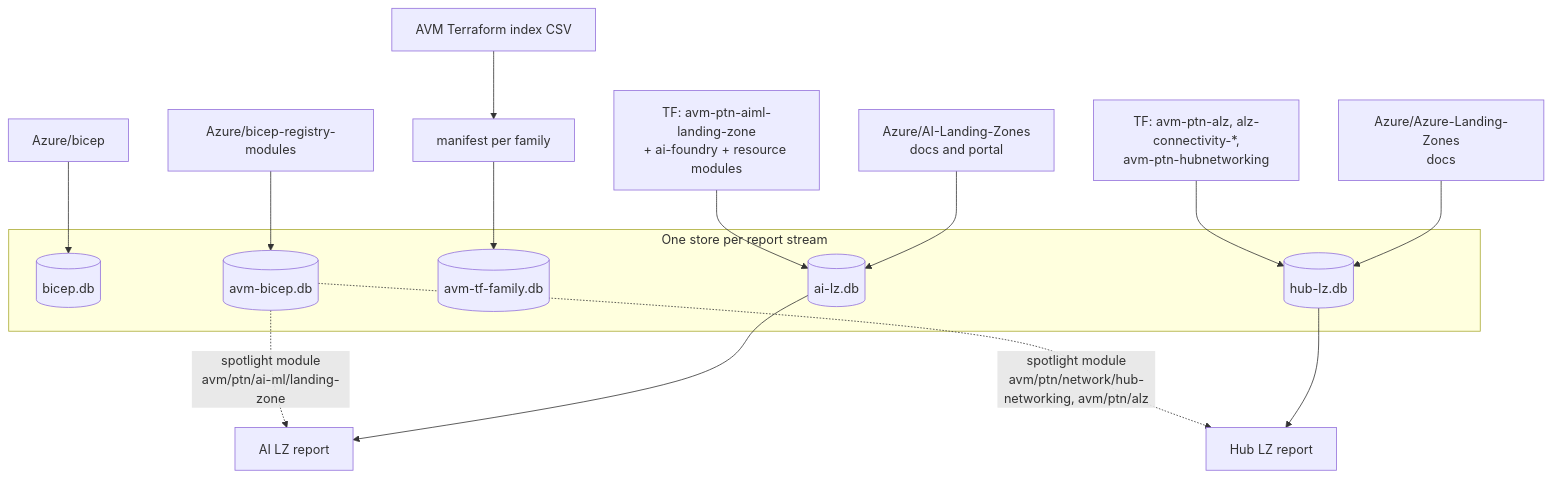
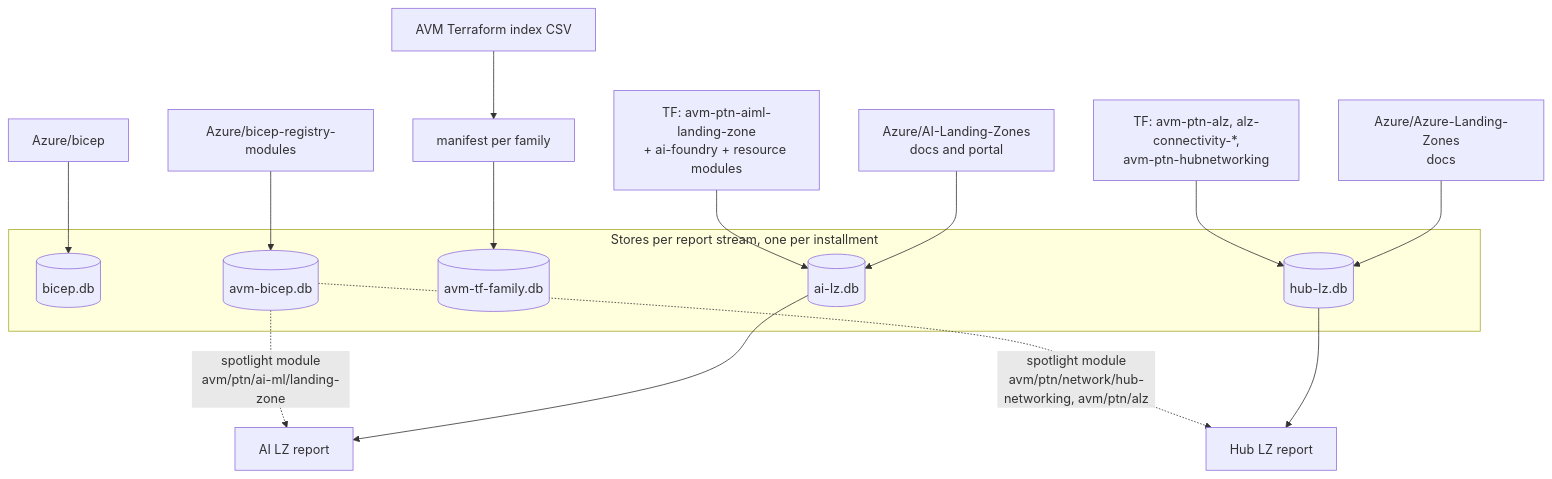
Before and after one commit to DamianFlynn/experiments: the eighth of 8 diagrams in .claude/skills/activity-overview/docs/HLD.md, drawn with Mermaid. The commit also changed other lines of this file and 2 other files, not shown here.

First line of the commit message:
activity-overview docs: address review — single-window stores per installment

````diff
--- a/.claude/skills/activity-overview/docs/HLD.md
+++ b/.claude/skills/activity-overview/docs/HLD.md
@@ -349,21 +355,21 @@
 ```mermaid
 flowchart TB
-  subgraph stores["One store per report stream"]
+  subgraph stores["Stores per report stream, one per installment"]
     sb[("bicep.db")]
     sbrm[("avm-bicep.db")]
     stf[("avm-tf-family.db")]
     sai[("ai-lz.db")]
     shub[("hub-lz.db")]
   end
   bicep["Azure/bicep"] --> sb
   brm["Azure/bicep-registry-modules"] --> sbrm
   idx["AVM Terraform index CSV"] --> man1["manifest per family"] --> stf
   aitf["TF: avm-ptn-aiml-landing-zone<br/>+ ai-foundry + resource modules"] --> sai
   aidocs["Azure/AI-Landing-Zones<br/>docs and portal"] --> sai
   hubtf["TF: avm-ptn-alz, alz-connectivity-*,<br/>avm-ptn-hubnetworking"] --> shub
   alzdocs["Azure/Azure-Landing-Zones<br/>docs"] --> shub
   sbrm -. "spotlight module<br/>avm/ptn/ai-ml/landing-zone" .-> rai["AI LZ report"]
   sai --> rai
   sbrm -. "spotlight module<br/>avm/ptn/network/hub-networking, avm/ptn/alz" .-> rhub["Hub LZ report"]
   shub --> rhub
 ```
````
